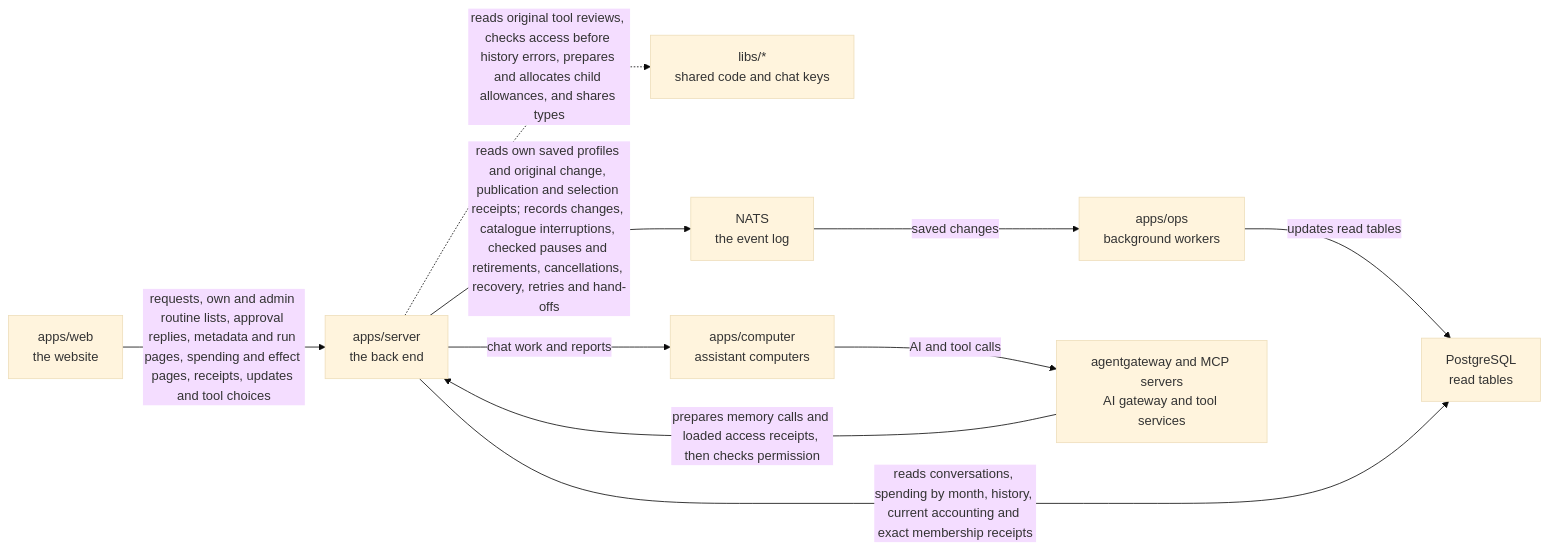
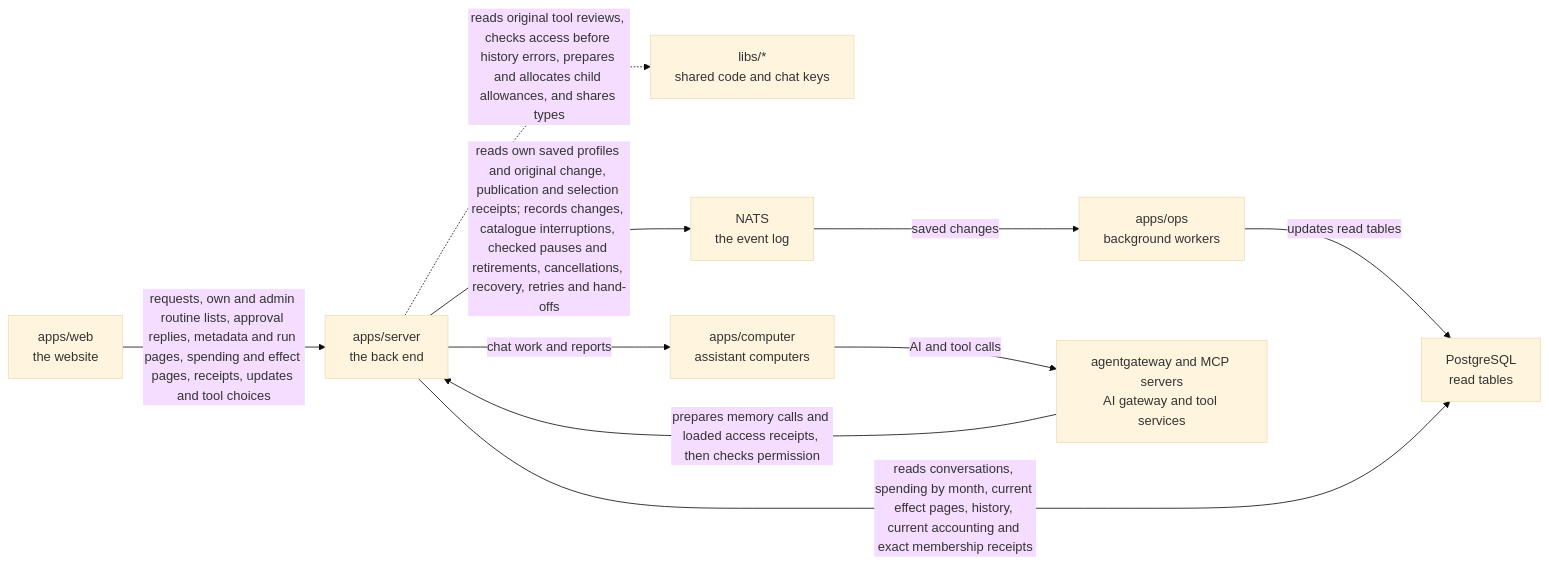
Before and after one commit to elewa-git/opencrane-new: the diagram in apps/server/README.md, drawn with Mermaid (base theme). The commit also changed other lines of this file and 13 other files, not shown here.

Commit message:
💶 Expose bounded current effect pages to finance readers

````diff
--- a/apps/server/README.md
+++ b/apps/server/README.md
@@ -60,12 +60,12 @@
 ```mermaid
 flowchart LR
   web["apps/web<br/>the website"] -->|requests, own and admin routine lists, approval replies, metadata and run pages, spending and effect pages, receipts, updates and tool choices| server["apps/server<br/>the back end"]
   server -.->|reads original tool reviews, checks access before history errors, prepares and allocates child allowances, and shares types| libs["libs/*<br/>shared code and chat keys"]
   server -->|reads own saved profiles and original change, publication and selection receipts; records changes, catalogue interruptions, checked pauses and retirements, cancellations, recovery, retries and hand-offs| nats["NATS<br/>the event log"]
   nats -->|saved changes| ops["apps/ops<br/>background workers"]
   ops -->|updates read tables| postgres["PostgreSQL<br/>read tables"]
-  server -->|reads conversations, spending by month, history, current accounting and exact membership receipts| postgres
+  server -->|reads conversations, spending by month, current effect pages, history, current accounting and exact membership receipts| postgres
   server -->|chat work and reports| computer["apps/computer<br/>assistant computers"]
   computer -->|AI and tool calls| runtime["agentgateway and MCP servers<br/>AI gateway and tool services"]
   runtime -->|prepares memory calls and loaded access receipts, then checks permission| server
 ```
````
